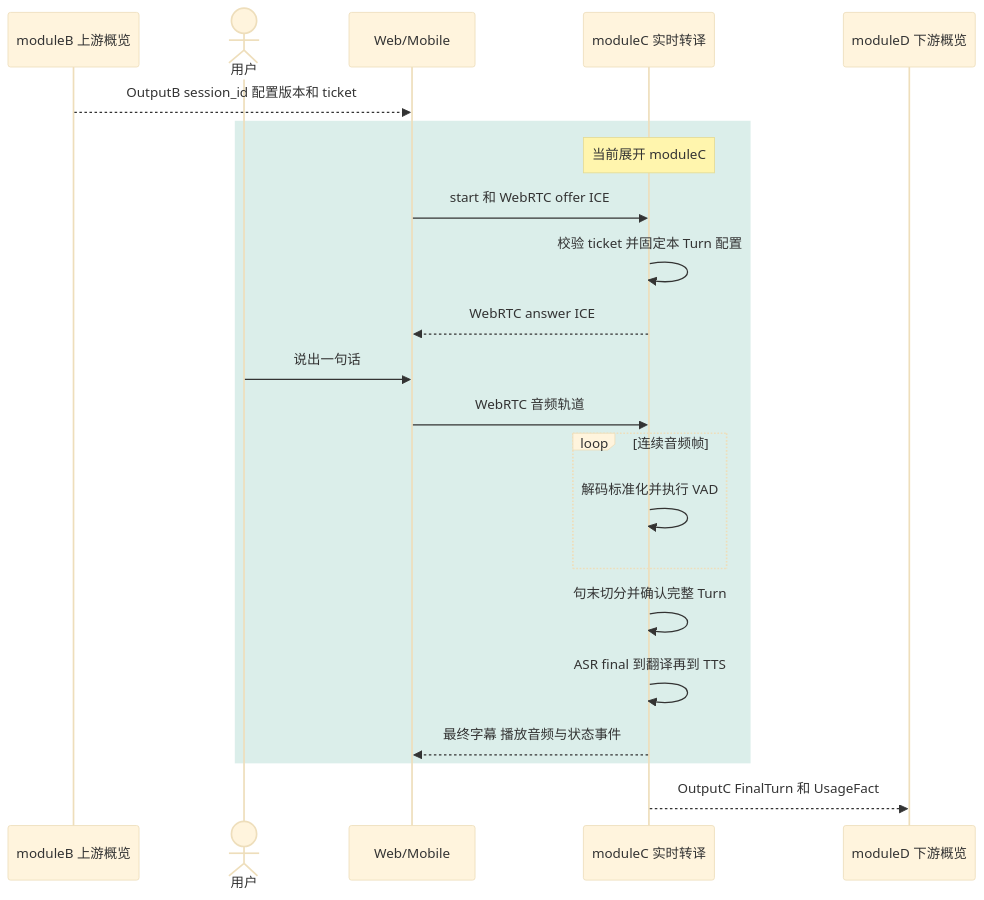
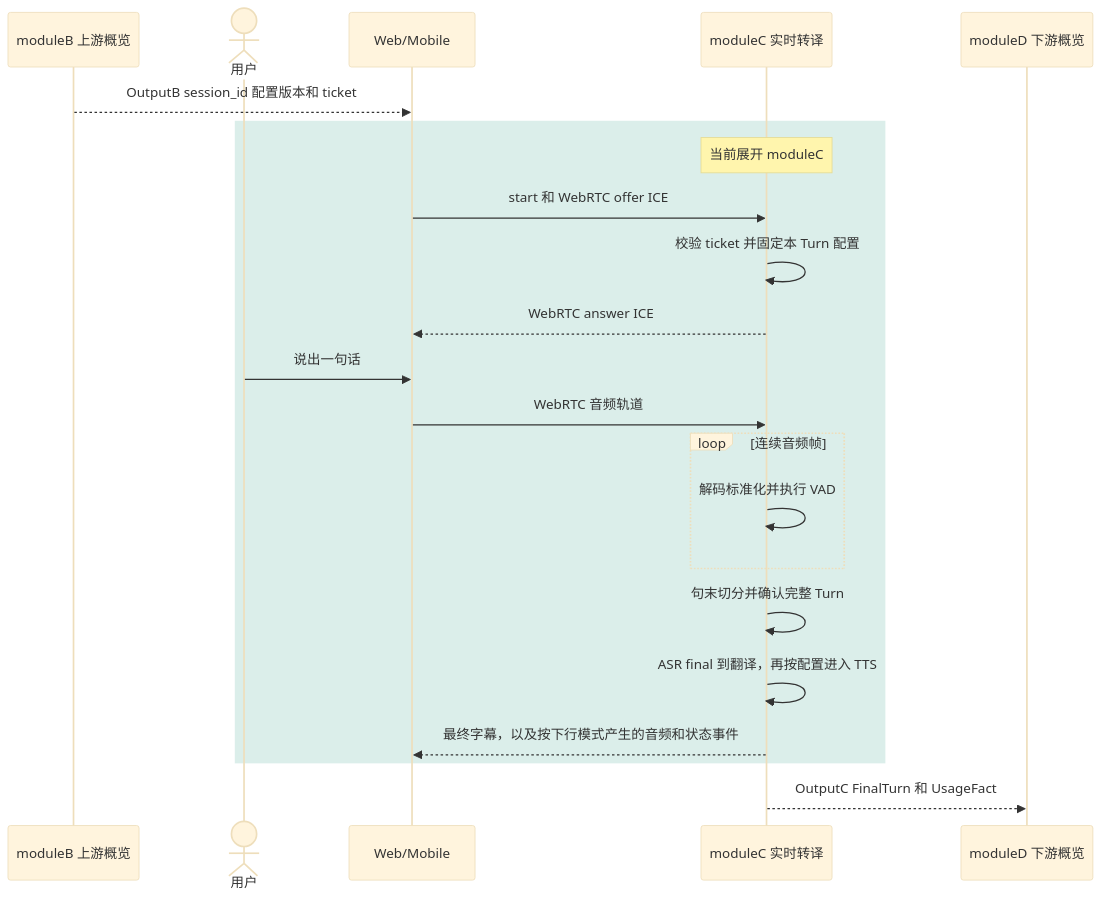
One commit to Gwen317/xe6-tsy changed the fourth of 6 diagrams in docs/USER_STORY_ARCHITECTURE_FLOW.md. Above: the diagram before and after it, drawn with Mermaid (base theme). The commit also changed other lines of this file and 3 other files, not shown here.

Commit message:
docs(architecture): link auth and usage code paths

````diff
--- a/docs/USER_STORY_ARCHITECTURE_FLOW.md
+++ b/docs/USER_STORY_ARCHITECTURE_FLOW.md
@@ -169,25 +182,25 @@
 ```mermaid
 sequenceDiagram
     participant B as moduleB 上游概览
     actor User as 用户
     participant Client as Web/Mobile
     participant C as moduleC 实时转译
     participant D as moduleD 下游概览
 
     B-->>Client: OutputB session_id 配置版本和 ticket
     rect rgba(36, 150, 125, 0.16)
         Note over C: 当前展开 moduleC
         Client->>C: start 和 WebRTC offer ICE
         C->>C: 校验 ticket 并固定本 Turn 配置
         C-->>Client: WebRTC answer ICE
         User->>Client: 说出一句话
         Client->>C: WebRTC 音频轨道
         loop 连续音频帧
             C->>C: 解码标准化并执行 VAD
         end
         C->>C: 句末切分并确认完整 Turn
-        C->>C: ASR final 到翻译再到 TTS
-        C-->>Client: 最终字幕 播放音频与状态事件
+        C->>C: ASR final 到翻译，再按配置进入 TTS
+        C-->>Client: 最终字幕，以及按下行模式产生的音频和状态事件
     end
     C-->>D: OutputC FinalTurn 和 UsageFact
 ```
````
